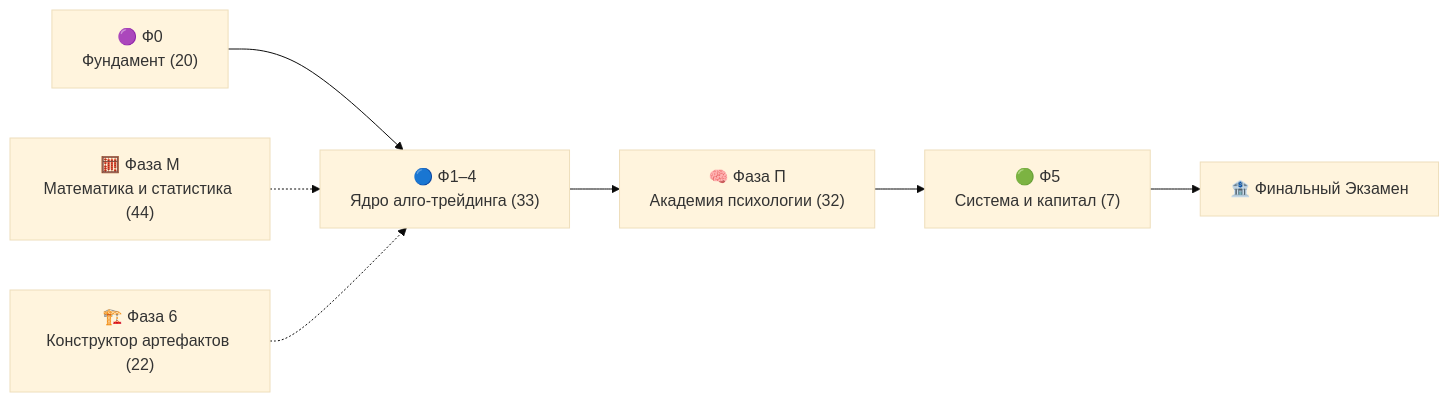
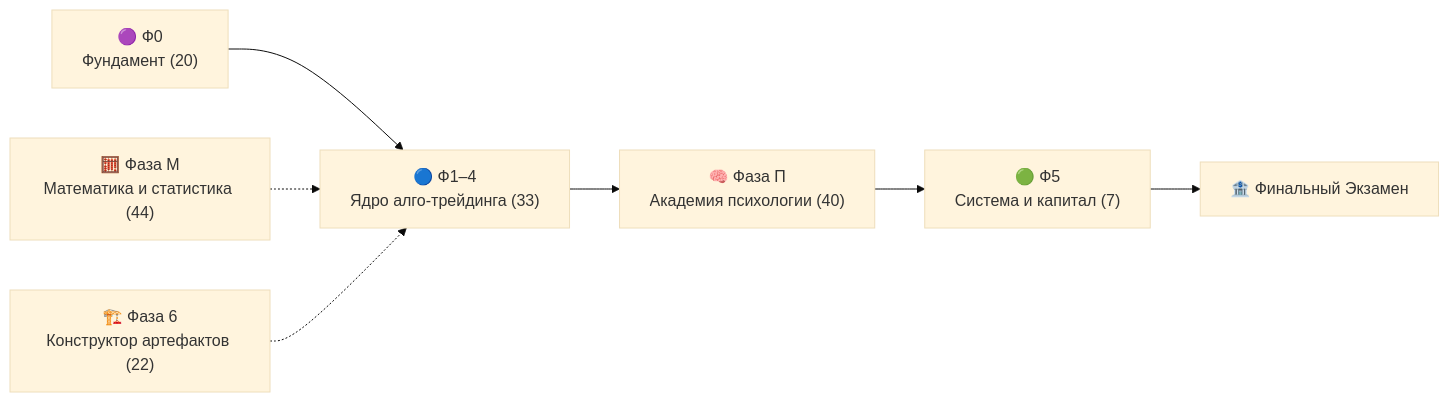
The first of 2 diagrams in README.md (AlexZander85/crypto), drawn with Mermaid (base theme) before and after one commit. The commit also changed other lines of this file and 1 other file, not shown here.

Commit message:
feat(psy): обновление main до 40 уроков психологии и 120 тестов

````diff
--- a/README.md
+++ b/README.md
@@ -43,6 +43,6 @@
 ```mermaid
 flowchart LR
-    A["🟣 Ф0<br/>Фундамент (20)"] --> B["🔵 Ф1–4<br/>Ядро алго-трейдинга (33)"] --> C["🧠 Фаза П<br/>Академия психологии (32)"] --> D["🟢 Ф5<br/>Система и капитал (7)"] --> E["🏦 Финальный Экзамен"]
+    A["🟣 Ф0<br/>Фундамент (20)"] --> B["🔵 Ф1–4<br/>Ядро алго-трейдинга (33)"] --> C["🧠 Фаза П<br/>Академия психологии (40)"] --> D["🟢 Ф5<br/>Система и капитал (7)"] --> E["🏦 Финальный Экзамен"]
     F["🧮 Фаза М<br/>Математика и статистика (44)"] -.-> B
     G["🏗️ Фаза 6<br/>Конструктор артефактов (22)"] -.-> B
 ```
````
